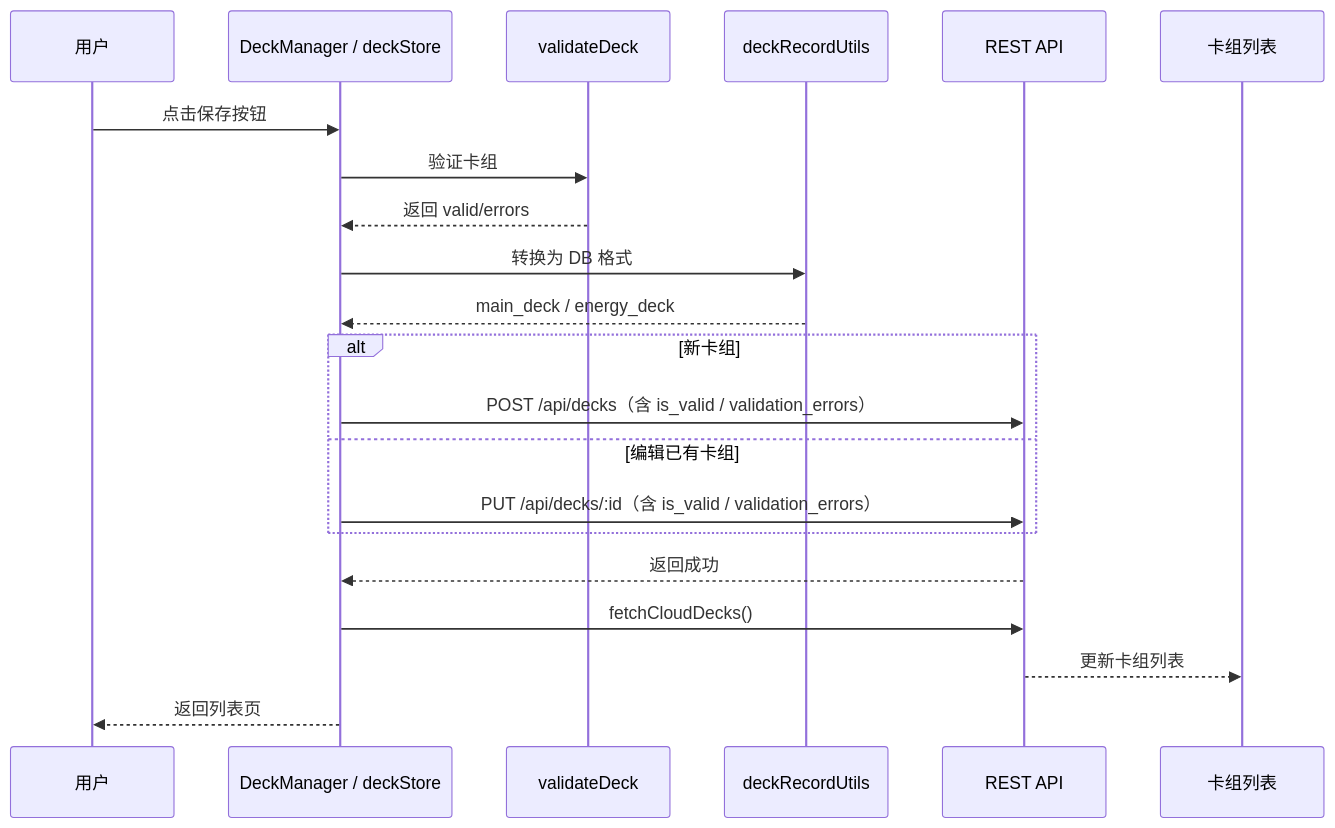
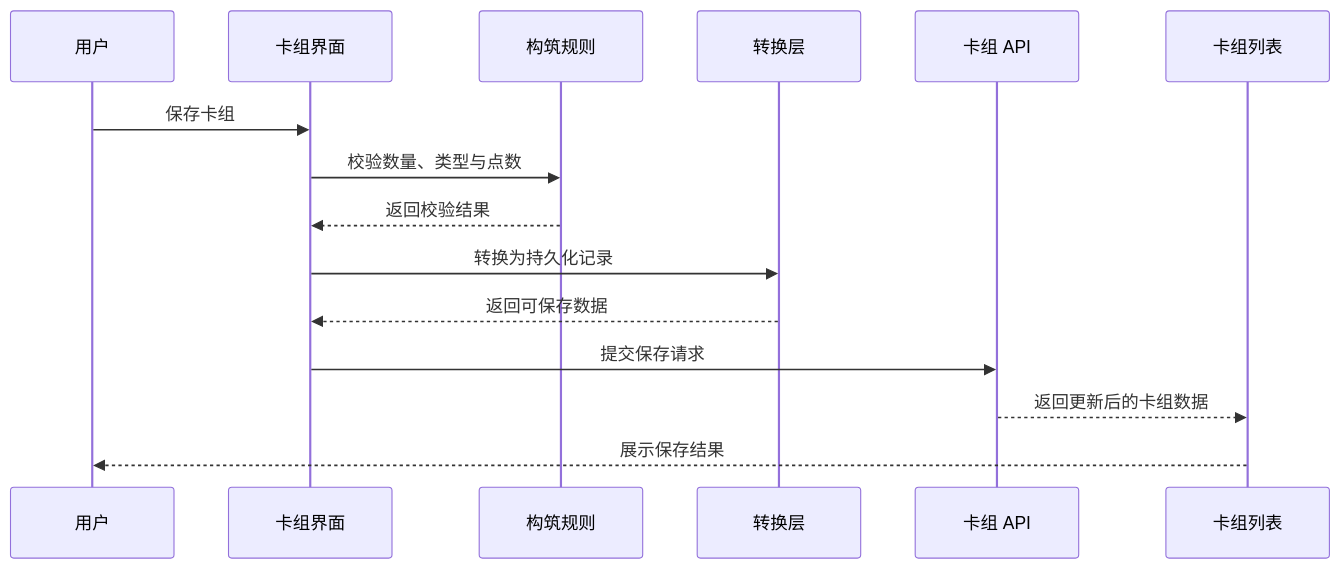
The second of 3 diagrams in docs/deck-management/design.md (catmeow123456/loveca-dev), drawn with Mermaid before and after one commit. The commit also changed other lines of this file and 42 other files, not shown here.

````diff
--- a/docs/deck-management/design.md
+++ b/docs/deck-management/design.md
@@ -444,25 +132,18 @@
 ```mermaid
 sequenceDiagram
     participant User as 用户
-    participant UI as DeckManager / deckStore
-    participant DV as validateDeck
-    participant DRU as deckRecordUtils
-    participant API as REST API
-    participant List as 卡组列表
+    participant UI as 卡组界面
+    participant Rule as 构筑规则
+    participant Convert as 转换层
+    participant API as 卡组 API
+    participant Store as 卡组列表
 
-    User->>UI: 点击保存按钮
-    UI->>DV: 验证卡组
-    DV-->>UI: 返回 valid/errors
-    UI->>DRU: 转换为 DB 格式
-    DRU-->>UI: main_deck / energy_deck
-
-    alt 新卡组
-        UI->>API: POST /api/decks（含 is_valid / validation_errors）
-    else 编辑已有卡组
-        UI->>API: PUT /api/decks/:id（含 is_valid / validation_errors）
-    end
-    API-->>UI: 返回成功
-    UI->>API: fetchCloudDecks()
-    API-->>List: 更新卡组列表
-    UI-->>User: 返回列表页
+    User->>UI: 保存卡组
+    UI->>Rule: 校验数量、类型与点数
+    Rule-->>UI: 返回校验结果
+    UI->>Convert: 转换为持久化记录
+    Convert-->>UI: 返回可保存数据
+    UI->>API: 提交保存请求
+    API-->>Store: 返回更新后的卡组数据
+    Store-->>User: 展示保存结果
 ```
````
